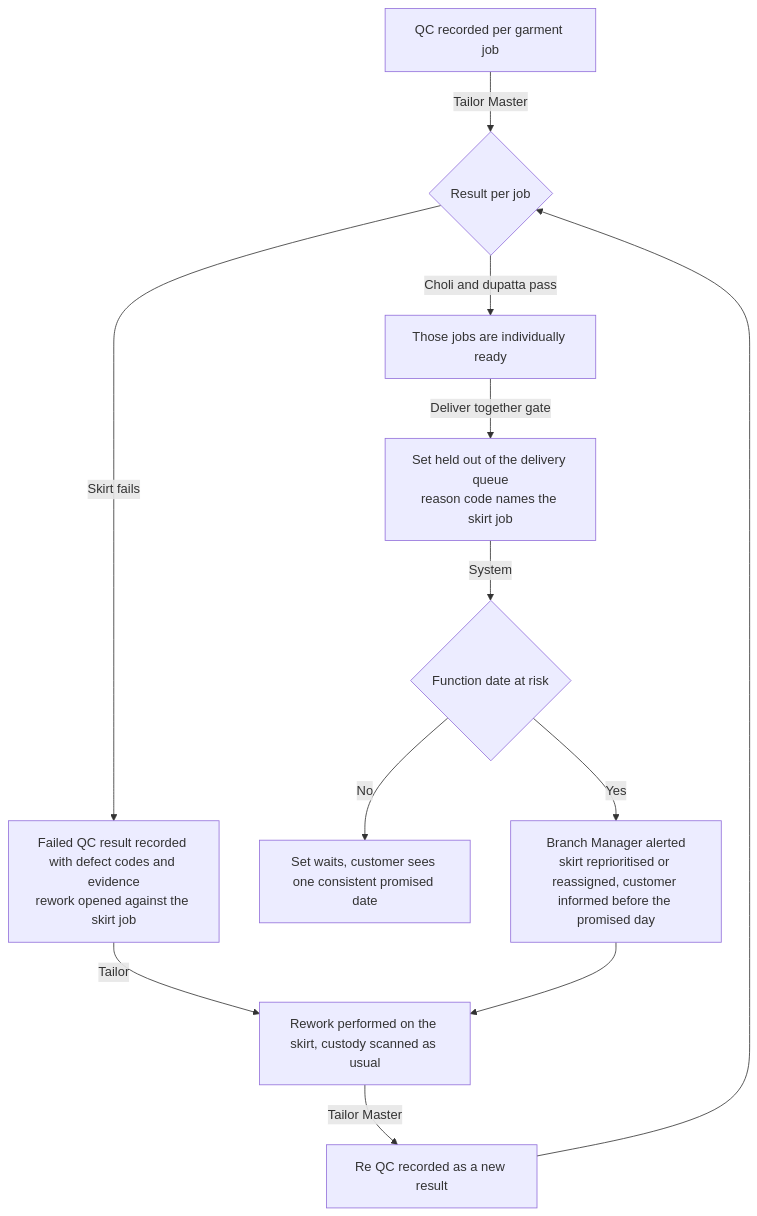
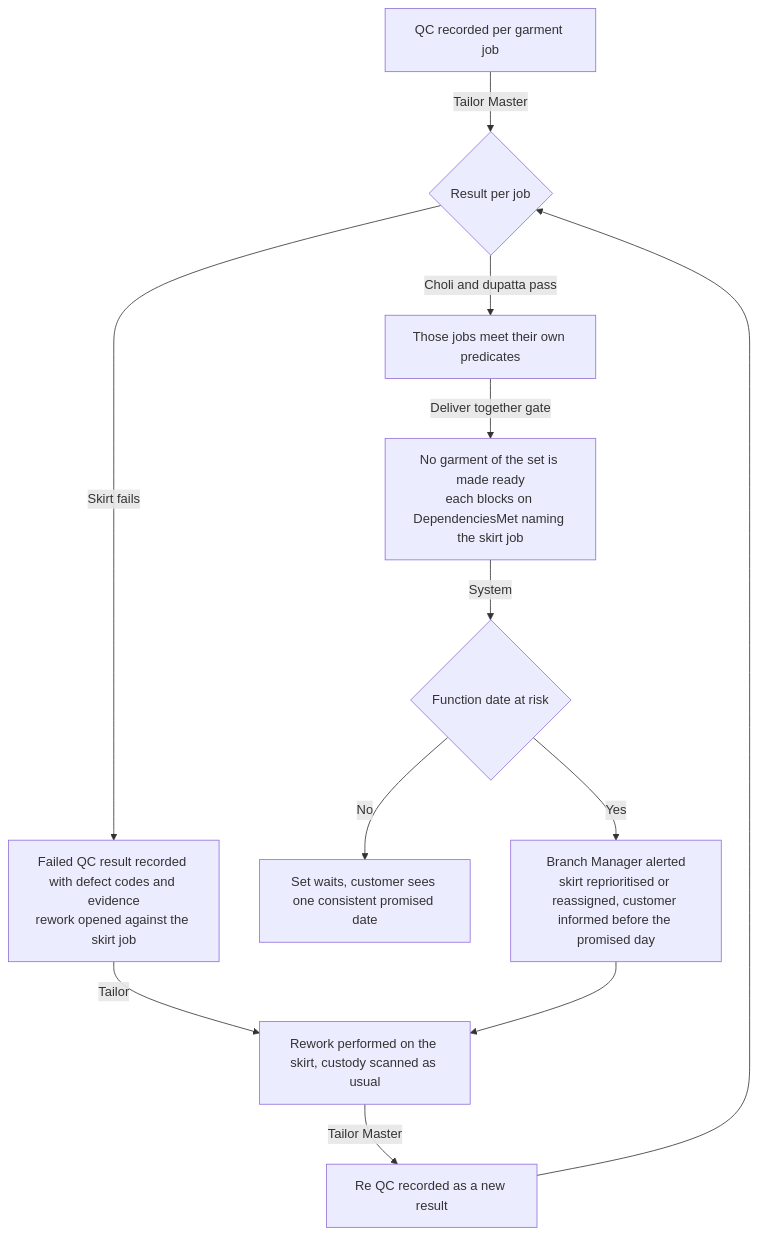
Before and after one commit to MK-AIFy/HyFib-Tailor360: the third of 7 diagrams in docs/prd/workflows/lehenga.md, drawn with Mermaid. The commit also changed other lines of this file and 21 other files, not shown here.

````diff
--- a/docs/prd/workflows/lehenga.md
+++ b/docs/prd/workflows/lehenga.md
@@ -190,14 +191,14 @@
 ```mermaid
 flowchart TD
   A[QC recorded per garment job] -->|Tailor Master| B{Result per job}
-  B -->|Choli and dupatta pass| C[Those jobs are individually ready]
+  B -->|Choli and dupatta pass| C[Those jobs meet their own predicates]
   B -->|Skirt fails| D[Failed QC result recorded with defect codes and evidence<br/>rework opened against the skirt job]
-  C -->|Deliver together gate| E[Set held out of the delivery queue<br/>reason code names the skirt job]
+  C -->|Deliver together gate| E[No garment of the set is made ready<br/>each blocks on DependenciesMet naming the skirt job]
   D -->|Tailor| F[Rework performed on the skirt, custody scanned as usual]
   F -->|Tailor Master| G[Re QC recorded as a new result]
   G --> B
   E -->|System| H{Function date at risk}
   H -->|No| I[Set waits, customer sees one consistent promised date]
   H -->|Yes| J[Branch Manager alerted<br/>skirt reprioritised or reassigned, customer informed before the promised day]
   J --> F
 ```
````
